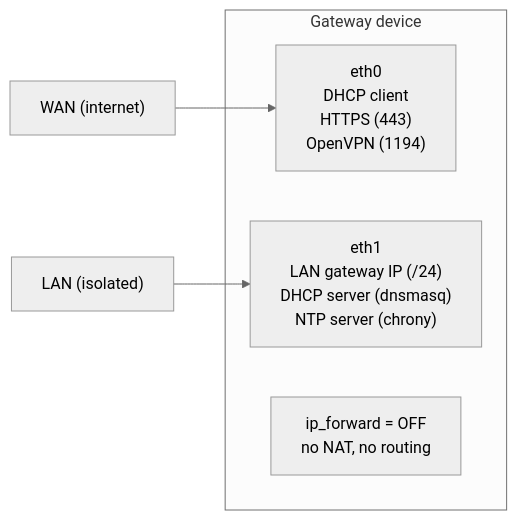
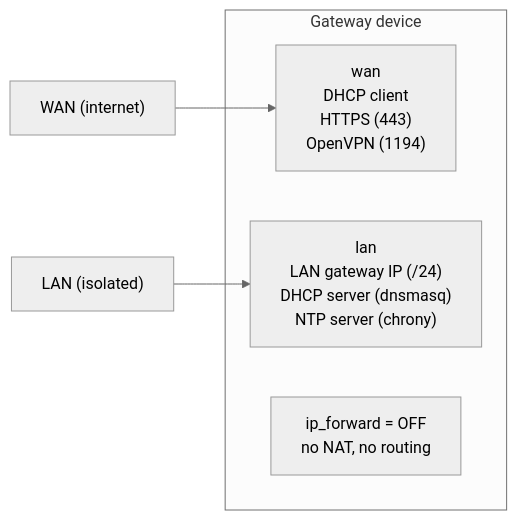
Before and after one commit to RobertDeRose/atomixos: the diagram in README.md, drawn with Mermaid (neutral theme). The commit also changed other lines of this file and 45 other files, not shown here.

````diff
--- a/README.md
+++ b/README.md
@@ -67,11 +67,11 @@
 ```mermaid
 flowchart LR
-    WAN["WAN (internet)"] --> ETH0["eth0\nDHCP client\nHTTPS (443)\nOpenVPN (1194)"]
-    LAN["LAN (isolated)"] --> ETH1["eth1\nLAN gateway IP (/24)\nDHCP server (dnsmasq)\nNTP server (chrony)"]
+    WAN["WAN (internet)"] --> ETH0["wan\nDHCP client\nHTTPS (443)\nOpenVPN (1194)"]
+    LAN["LAN (isolated)"] --> ETH1["lan\nLAN gateway IP (/24)\nDHCP server (dnsmasq)\nNTP server (chrony)"]
 
     subgraph GATEWAY["Gateway device"]
         ETH0
         CORE["ip_forward = OFF\nno NAT, no routing"]
         ETH1
     end
 ```
````
